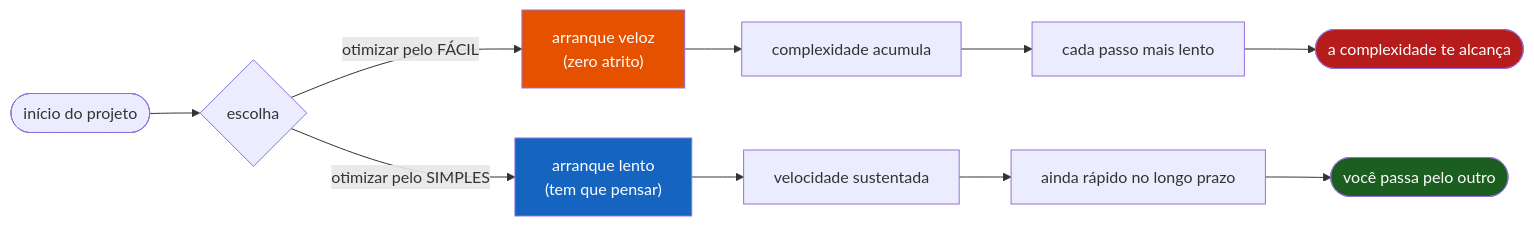
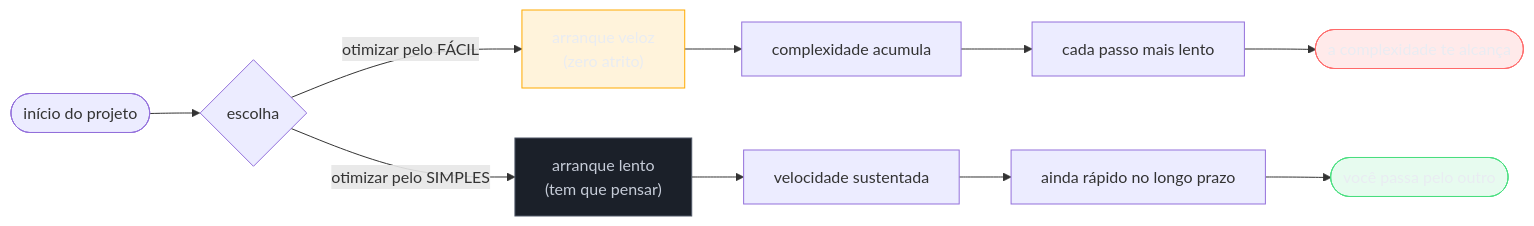
One commit to josenaldo/codex-technomanticus changed the third of 4 diagrams in 03-Dominios/Engenharia/Complexidade de Software/03 - Simplicidade não é facilidade.md. Above: the diagram before and after it, drawn with Mermaid. The commit also changed other lines of this file and 1181 other files, not shown here.

First line of the commit message:
fix(diagramas): paleta do sistema no lugar de cor cravada no markdown

````diff
--- a/03-Dominios/Engenharia/Complexidade de Software/03 - Simplicidade não é facilidade.md
+++ b/03-Dominios/Engenharia/Complexidade de Software/03 - Simplicidade não é facilidade.md
@@ -218,16 +224,20 @@
 ```mermaid
 flowchart LR
+    classDef destaque fill:#FFAA0024,stroke:#FFAA00,color:#E9ECF2
+    classDef falha fill:#FF6B6B24,stroke:#FF6B6B,color:#E9ECF2
+    classDef neutro fill:#1B2029,stroke:#4E5666,color:#C6CCD8
+    classDef ok fill:#4ADE8021,stroke:#4ADE80,color:#E9ECF2
     START([início do projeto]) --> SPLIT{escolha}
     SPLIT -->|"otimizar pelo FÁCIL"| E1["arranque veloz<br/>(zero atrito)"]
     E1 --> E2["complexidade acumula"]
     E2 --> E3["cada passo mais lento"]
     E3 --> E4(["a complexidade te alcança"])
     SPLIT -->|"otimizar pelo SIMPLES"| S1["arranque lento<br/>(tem que pensar)"]
     S1 --> S2["velocidade sustentada"]
     S2 --> S3["ainda rápido no longo prazo"]
     S3 --> S4(["você passa pelo outro"])
-    style E1 fill:#e65100,color:#fff
-    style E4 fill:#b71c1c,color:#fff
-    style S1 fill:#1565c0,color:#fff
-    style S4 fill:#1b5e20,color:#fff
+    class E1 destaque
+    class E4 falha
+    class S1 neutro
+    class S4 ok
 ```
````
